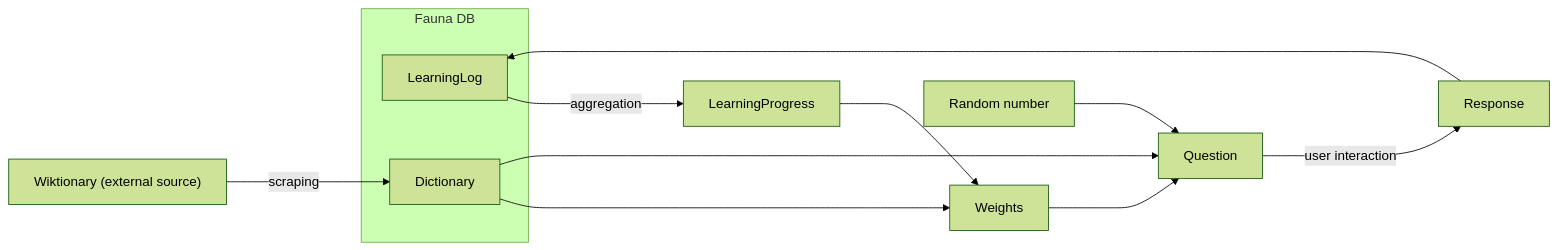
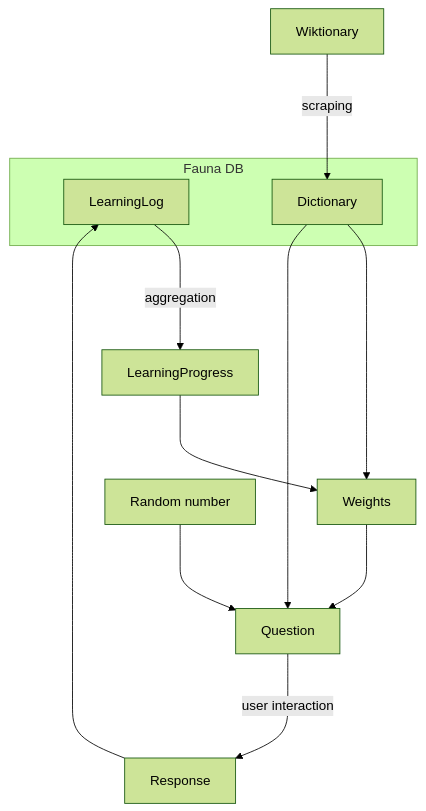
The diagram in README.md (autologie/lernkartei2), drawn with Mermaid (forest theme) before and after one commit.

````diff
--- a/README.md
+++ b/README.md
@@ -5,17 +5,17 @@
 ```mermaid
 
-flowchart LR
+flowchart TB
   subgraph Fauna["Fauna DB"]
   LearningLog
   Dictionary
   end
 
   LearningLog --->|aggregation| LearningProgress ---> Weights
-  w["Wiktionary (external source)"] --->|scraping| Dictionary
+  Wiktionary --->|scraping| Dictionary
   Dictionary ---> Weights
   r["Random number"] ---> Question
   Weights ---> Question
   Dictionary ---> Question
   Question --->|user interaction| Response
   Response ---> LearningLog
 ```
````
